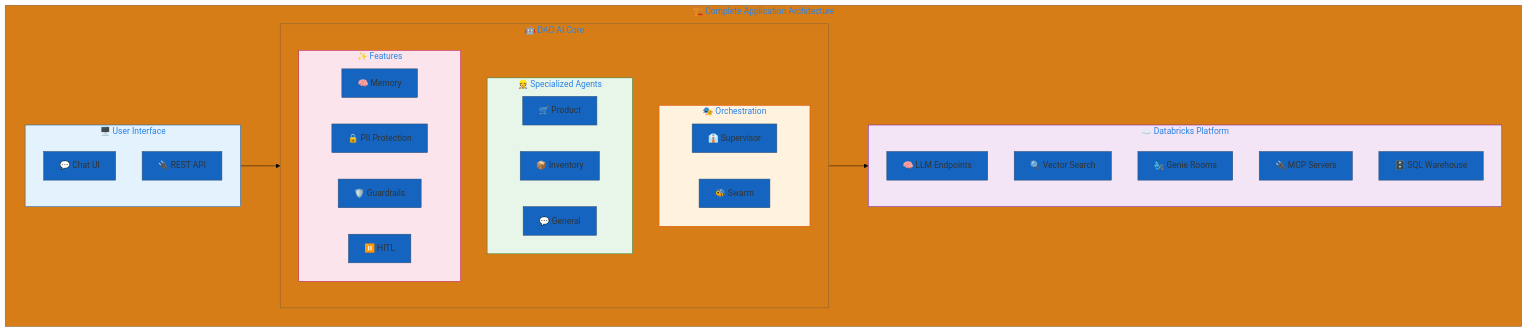
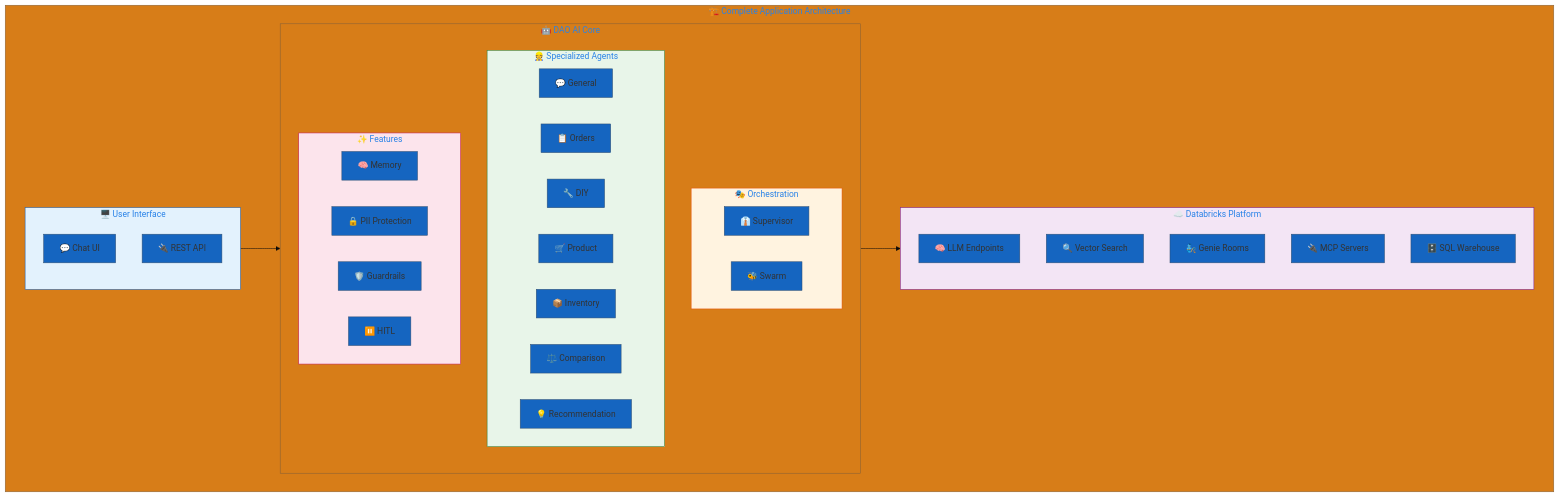
One commit to natefleming/retail-ai changed the first of 7 diagrams in config/examples/15_complete_applications/README.md. Above: the diagram before and after it, drawn with Mermaid. The commit also changed other lines of this file, not shown here.

Commit message:
added additional agents to diagram

````diff
--- a/config/examples/15_complete_applications/README.md
+++ b/config/examples/15_complete_applications/README.md
@@ -9,47 +9,51 @@
 ```mermaid
 %%{init: {'theme': 'base', 'themeVariables': { 'primaryColor': '#1565c0'}}}%%
 flowchart TB
     subgraph Complete["🏗️ Complete Application Architecture"]
         subgraph UI["🖥️ User Interface"]
             Chat["💬 Chat UI"]
             API["🔌 REST API"]
         end
         
         subgraph Core["🤖 DAO AI Core"]
             subgraph Orchestration["🎭 Orchestration"]
                 Supervisor["👔 Supervisor"]
                 Swarm["🐝 Swarm"]
             end
             
             subgraph Agents["👷 Specialized Agents"]
-                A1["🛒 Product"]
-                A2["📦 Inventory"]
-                A3["💬 General"]
+                A1["💬 General"]
+                A2["📋 Orders"]
+                A3["🔧 DIY"]
+                A4["🛒 Product"]
+                A5["📦 Inventory"]
+                A6["⚖️ Comparison"]
+                A7["💡 Recommendation"]
             end
             
             subgraph Features["✨ Features"]
                 F1["🧠 Memory"]
                 F2["🔒 PII Protection"]
                 F3["🛡️ Guardrails"]
                 F4["⏸️ HITL"]
             end
         end
         
         subgraph Data["☁️ Databricks Platform"]
             LLM["🧠 LLM Endpoints"]
             VS["🔍 Vector Search"]
             Genie["🧞 Genie Rooms"]
             MCP["🔌 MCP Servers"]
             SQL["🗄️ SQL Warehouse"]
         end
     end
 
     UI --> Core
     Core --> Data
 
     style UI fill:#e3f2fd,stroke:#1565c0
     style Orchestration fill:#fff3e0,stroke:#e65100
     style Agents fill:#e8f5e9,stroke:#2e7d32
     style Features fill:#fce4ec,stroke:#c2185b
     style Data fill:#f3e5f5,stroke:#7b1fa2
 ```
````
